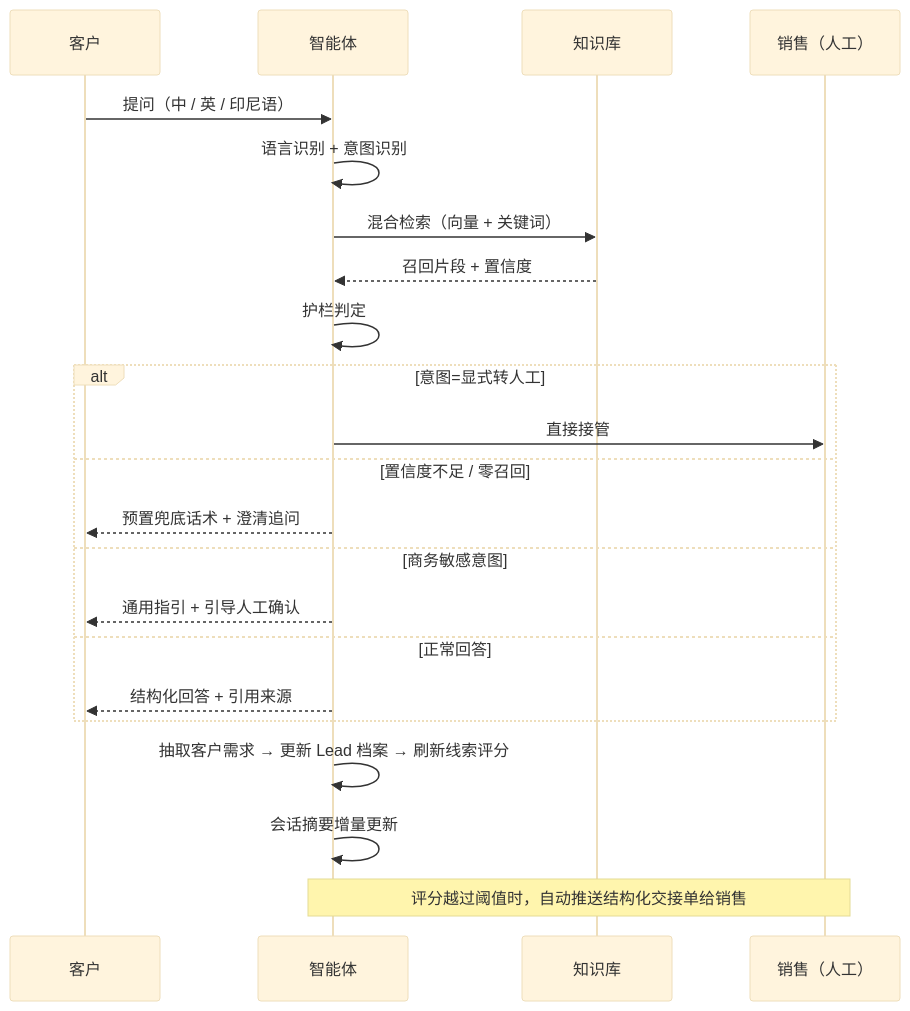
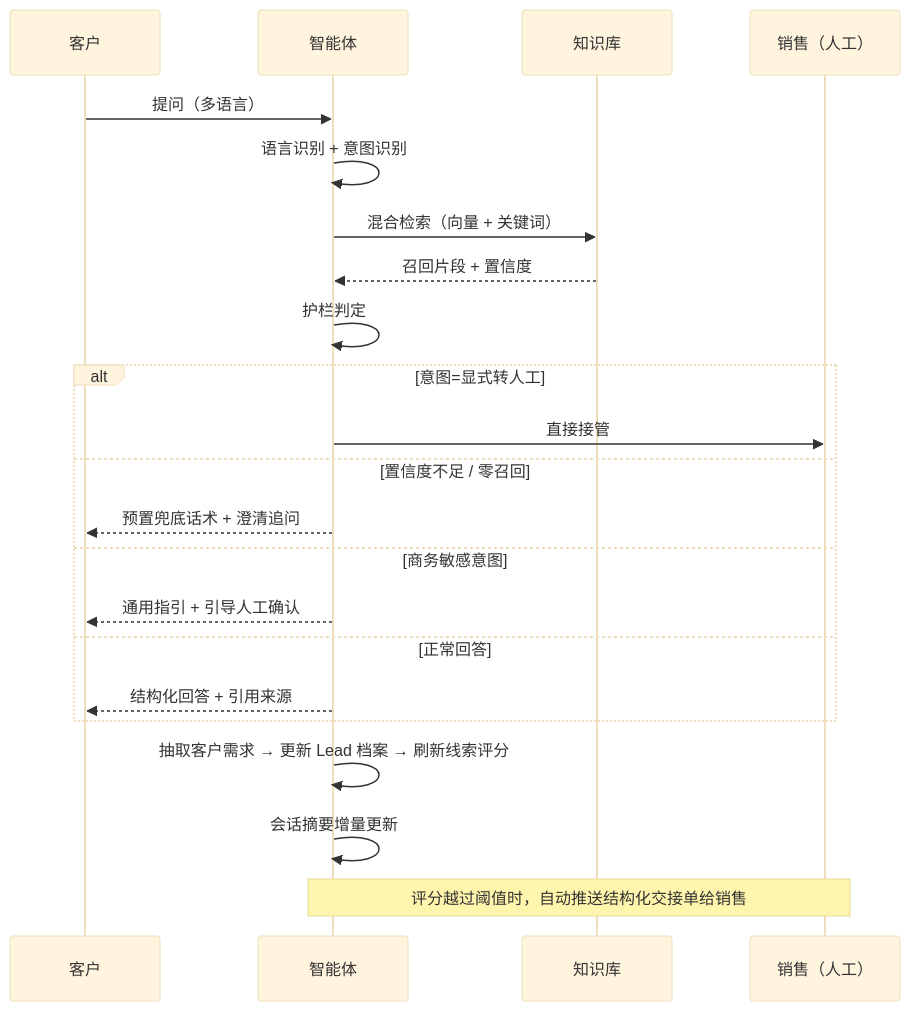
The first of 2 diagrams in README.md (liah-ss/ai-sales-agent), drawn with Mermaid (base theme) before and after one commit. The commit also changed other lines of this file and 399 other files, not shown here.

````diff
--- a/README.md
+++ b/README.md
@@ -46,27 +115,27 @@
 ```mermaid
 sequenceDiagram
     participant C as 客户
     participant A as 智能体
     participant K as 知识库
     participant H as 销售（人工）
 
-    C->>A: 提问（中 / 英 / 印尼语）
+    C->>A: 提问（多语言）
     A->>A: 语言识别 + 意图识别
     A->>K: 混合检索（向量 + 关键词）
     K-->>A: 召回片段 + 置信度
     A->>A: 护栏判定
 
     alt 意图=显式转人工
         A->>H: 直接接管
     else 置信度不足 / 零召回
         A-->>C: 预置兜底话术 + 澄清追问
     else 商务敏感意图
         A-->>C: 通用指引 + 引导人工确认
     else 正常回答
         A-->>C: 结构化回答 + 引用来源
     end
 
     A->>A: 抽取客户需求 → 更新 Lead 档案 → 刷新线索评分
     A->>A: 会话摘要增量更新
     Note over A,H: 评分越过阈值时，自动推送结构化交接单给销售
 ```
````
